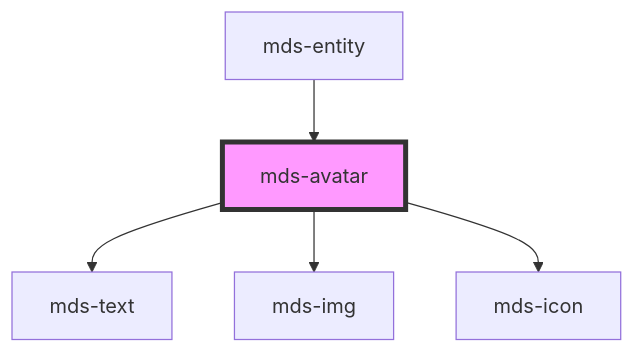
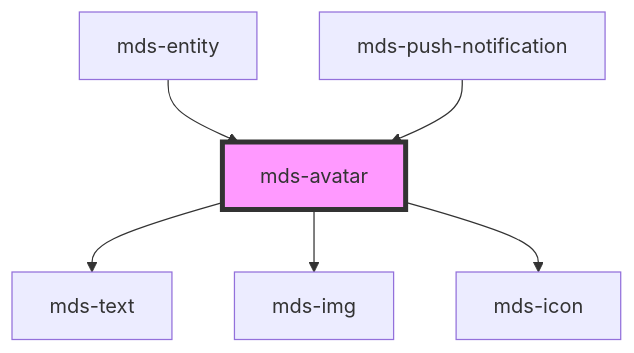
One commit to magma-design-system/magma changed the diagram in projects/stencil/src/components/mds-avatar/readme.md. Above: the diagram before and after it, drawn with Mermaid. The commit also changed other lines of this file and 1 other file, not shown here.

````diff
--- a/projects/stencil/src/components/mds-avatar/readme.md
+++ b/projects/stencil/src/components/mds-avatar/readme.md
@@ -111,8 +122,9 @@
 ```mermaid
 graph TD;
   mds-avatar --> mds-text
   mds-avatar --> mds-img
   mds-avatar --> mds-icon
   mds-entity --> mds-avatar
+  mds-push-notification --> mds-avatar
   style mds-avatar fill:#f9f,stroke:#333,stroke-width:4px
 ```
````
